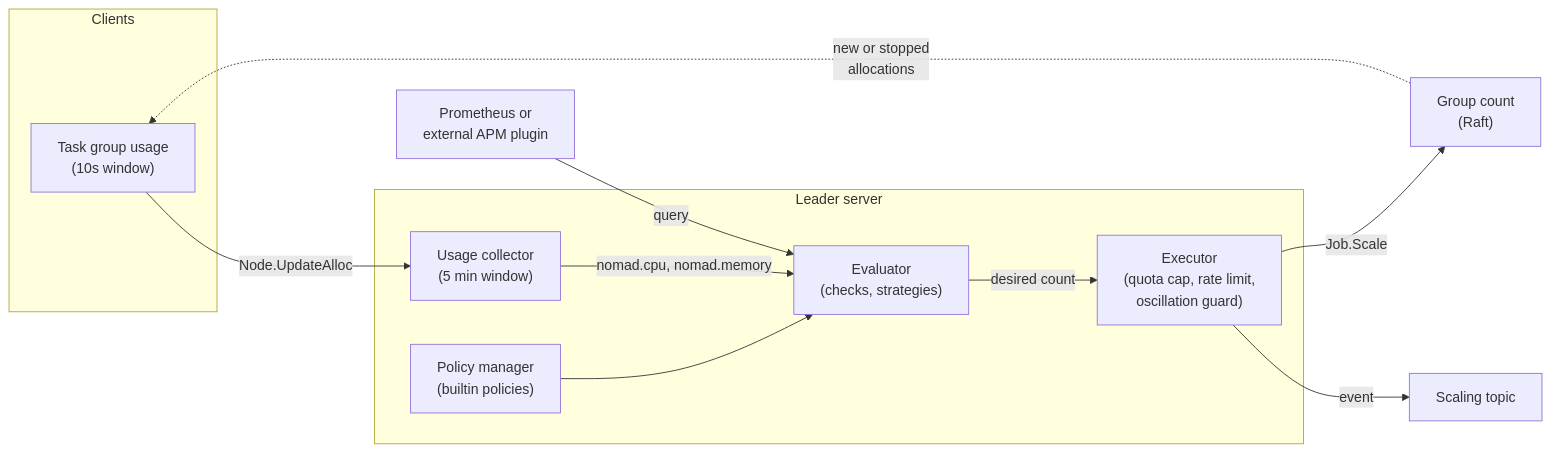
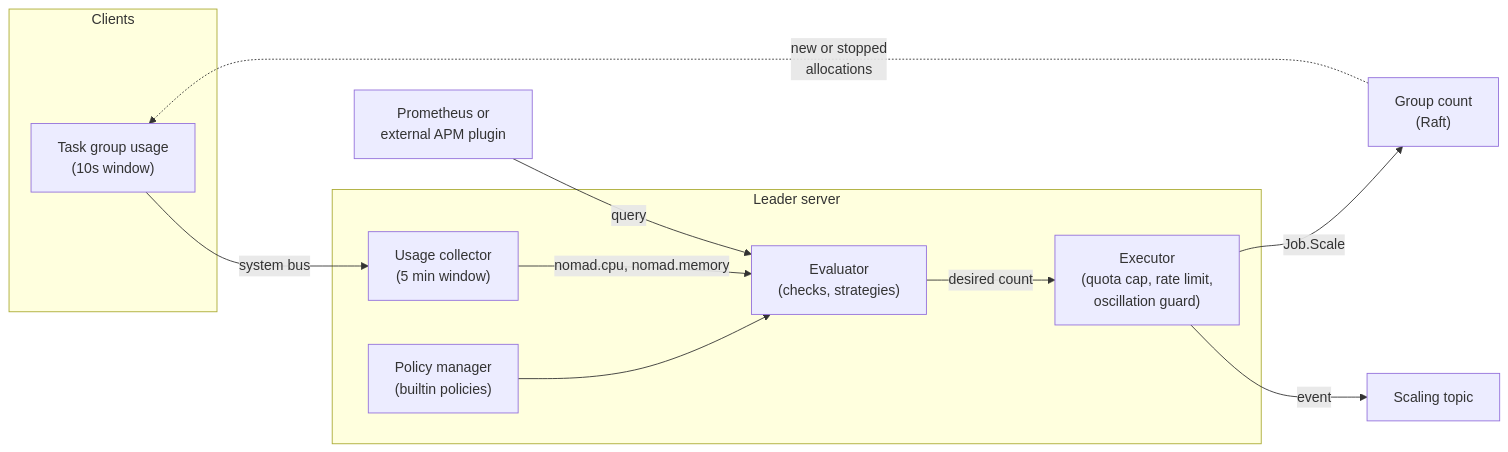
One commit to bacanoo-io/norca-doc changed the diagram in content/docs/features/autoscaler/_index.md. Above: the diagram before and after it, drawn with Mermaid. The commit also changed other lines of this file and 2 other files, not shown here.

Commit message:
Task group usage on the system bus

````diff
--- a/content/docs/features/autoscaler/_index.md
+++ b/content/docs/features/autoscaler/_index.md
@@ -41,21 +41,21 @@
 ```mermaid
 flowchart LR
   subgraph clients["Clients"]
     CU["Task group usage<br/>(10s window)"]
   end
   subgraph leader["Leader server"]
     PM["Policy manager<br/>(builtin policies)"]
     UC["Usage collector<br/>(5 min window)"]
     EV["Evaluator<br/>(checks, strategies)"]
     EX["Executor<br/>(quota cap, rate limit,<br/>oscillation guard)"]
   end
   PR["Prometheus or<br/>external APM plugin"]
-  CU -- "Node.UpdateAlloc" --> UC
+  CU -- "system bus" --> UC
   PM --> EV
   UC -- "nomad.cpu, nomad.memory" --> EV
   PR -- "query" --> EV
   EV -- "desired count" --> EX
   EX -- "Job.Scale" --> JC["Group count<br/>(Raft)"]
   EX -- "event" --> ST["Scaling topic"]
   JC -. "new or stopped<br/>allocations" .-> CU
 ```
````
